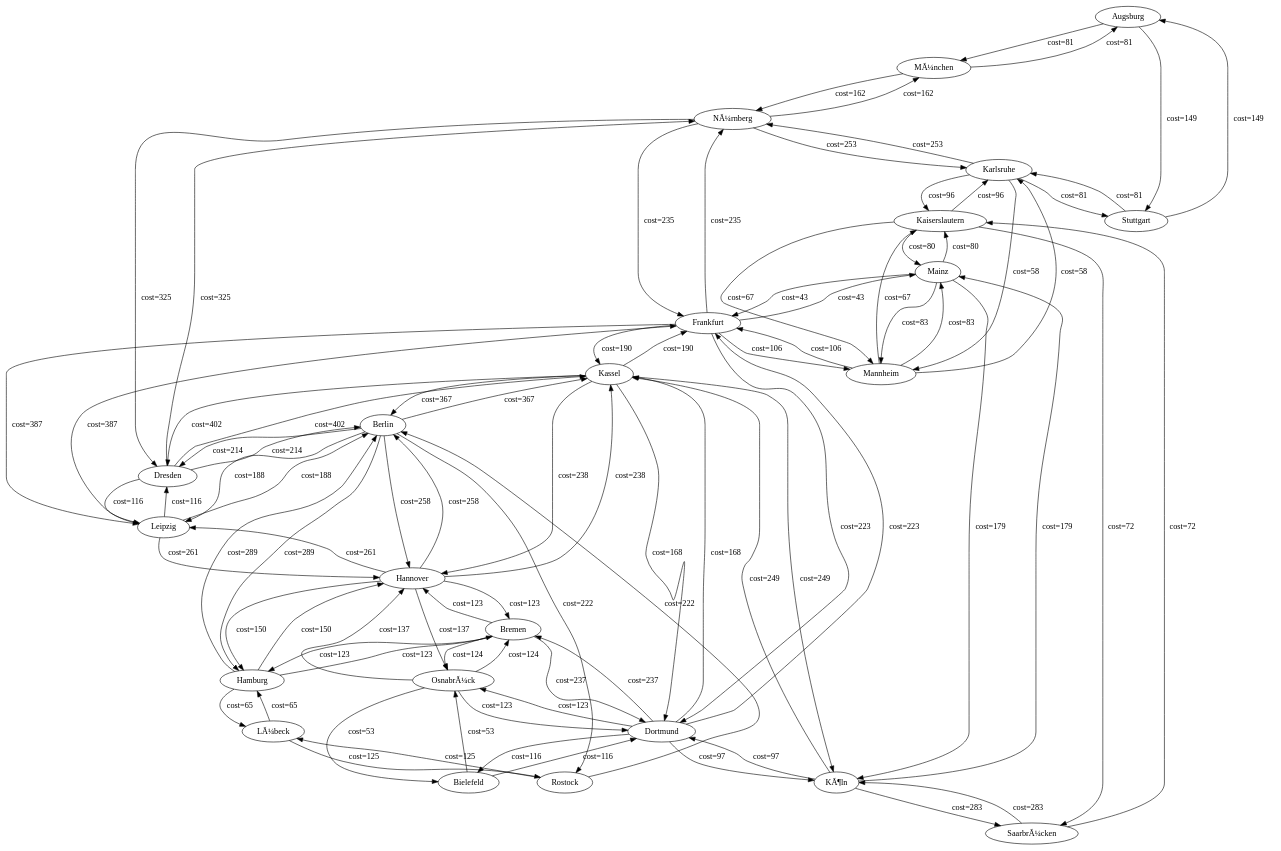
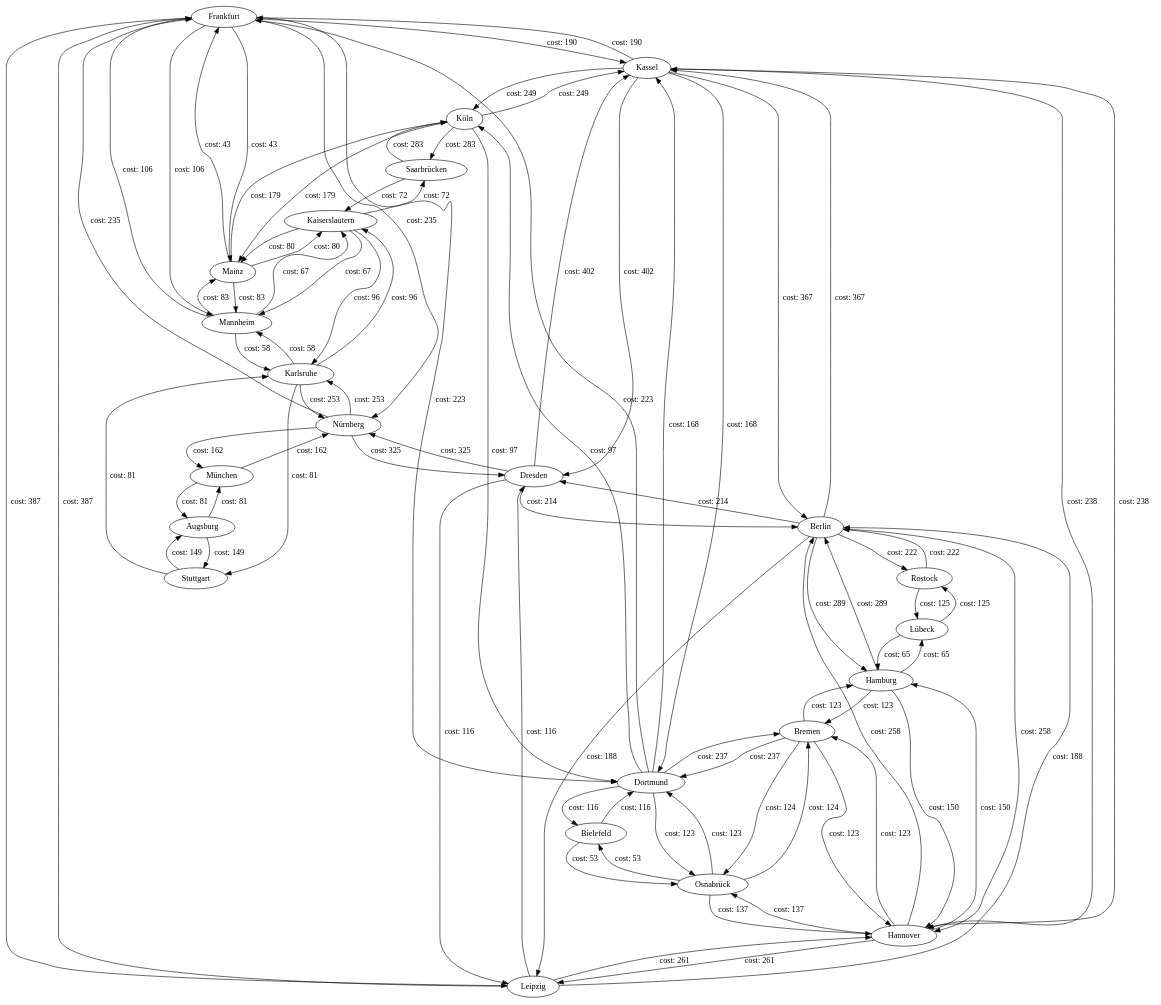
The diagram in io/graph_02.dot (MaxPower9001/B-AI3GKAP), drawn with Graphviz before and after one commit. The commit also changed 41 other files, not shown here.

```diff
--- a/io/graph_02.dot
+++ b/io/graph_02.dot
@@ -1,114 +1,113 @@
-digraph graph_02
-{
-Augsburg
-MÃ¼nchen
-Stuttgart
-Berlin
-Dresden
-Hamburg
-Hannover
-Kassel
-Leipzig
-Rostock
-Bielefeld
-Dortmund
-OsnabrÃ¼ck
-Bremen
-Frankfurt
-KÃ¶ln
-NÃ¼rnberg
-Mainz
-Mannheim
-LÃ¼beck
-Kaiserslautern
-Karlsruhe
-SaarbrÃ¼cken
-Augsburg -> MÃ¼nchen [label="cost=81  "]
-Augsburg -> Stuttgart [label="cost=149  "]
-MÃ¼nchen -> Augsburg [label="cost=81  "]
-MÃ¼nchen -> NÃ¼rnberg [label="cost=162  "]
-Stuttgart -> Augsburg [label="cost=149  "]
-Stuttgart -> Karlsruhe [label="cost=81  "]
-Berlin -> Dresden [label="cost=214  "]
-Berlin -> Hamburg [label="cost=289  "]
-Berlin -> Hannover [label="cost=258  "]
-Berlin -> Kassel [label="cost=367  "]
-Berlin -> Leipzig [label="cost=188  "]
-Berlin -> Rostock [label="cost=222  "]
-Dresden -> Berlin [label="cost=214  "]
-Dresden -> Kassel [label="cost=402  "]
-Dresden -> Leipzig [label="cost=116  "]
-Dresden -> NÃ¼rnberg [label="cost=325  "]
-Hamburg -> Berlin [label="cost=289  "]
-Hamburg -> Hannover [label="cost=150  "]
-Hamburg -> Bremen [label="cost=123  "]
-Hamburg -> LÃ¼beck [label="cost=65  "]
-Hannover -> Berlin [label="cost=258  "]
-Hannover -> Hamburg [label="cost=150  "]
-Hannover -> Kassel [label="cost=238  "]
-Hannover -> Leipzig [label="cost=261  "]
-Hannover -> OsnabrÃ¼ck [label="cost=137  "]
-Hannover -> Bremen [label="cost=123  "]
-Kassel -> Berlin [label="cost=367  "]
-Kassel -> Dresden [label="cost=402  "]
-Kassel -> Hannover [label="cost=238  "]
-Kassel -> Dortmund [label="cost=168  "]
-Kassel -> Frankfurt [label="cost=190  "]
-Kassel -> KÃ¶ln [label="cost=249  "]
-Leipzig -> Berlin [label="cost=188  "]
-Leipzig -> Dresden [label="cost=116  "]
-Leipzig -> Hannover [label="cost=261  "]
-Leipzig -> Frankfurt [label="cost=387  "]
-Rostock -> Berlin [label="cost=222  "]
-Rostock -> LÃ¼beck [label="cost=125  "]
-Bielefeld -> Dortmund [label="cost=116  "]
-Bielefeld -> OsnabrÃ¼ck [label="cost=53  "]
-Dortmund -> Kassel [label="cost=168  "]
-Dortmund -> Bielefeld [label="cost=116  "]
-Dortmund -> OsnabrÃ¼ck [label="cost=123  "]
-Dortmund -> Bremen [label="cost=237  "]
-Dortmund -> Frankfurt [label="cost=223  "]
-Dortmund -> KÃ¶ln [label="cost=97  "]
-OsnabrÃ¼ck -> Hannover [label="cost=137  "]
-OsnabrÃ¼ck -> Bielefeld [label="cost=53  "]
-OsnabrÃ¼ck -> Dortmund [label="cost=123  "]
-OsnabrÃ¼ck -> Bremen [label="cost=124  "]
-Bremen -> Hamburg [label="cost=123  "]
-Bremen -> Hannover [label="cost=123  "]
-Bremen -> Dortmund [label="cost=237  "]
-Bremen -> OsnabrÃ¼ck [label="cost=124  "]
-Frankfurt -> Kassel [label="cost=190  "]
-Frankfurt -> Leipzig [label="cost=387  "]
-Frankfurt -> Dortmund [label="cost=223  "]
-Frankfurt -> NÃ¼rnberg [label="cost=235  "]
-Frankfurt -> Mainz [label="cost=43  "]
-Frankfurt -> Mannheim [label="cost=106  "]
-KÃ¶ln -> Kassel [label="cost=249  "]
-KÃ¶ln -> Dortmund [label="cost=97  "]
-KÃ¶ln -> Mainz [label="cost=179  "]
-KÃ¶ln -> SaarbrÃ¼cken [label="cost=283  "]
-NÃ¼rnberg -> MÃ¼nchen [label="cost=162  "]
-NÃ¼rnberg -> Dresden [label="cost=325  "]
-NÃ¼rnberg -> Frankfurt [label="cost=235  "]
-NÃ¼rnberg -> Karlsruhe [label="cost=253  "]
-Mainz -> Frankfurt [label="cost=43  "]
-Mainz -> KÃ¶ln [label="cost=179  "]
-Mainz -> Mannheim [label="cost=83  "]
-Mainz -> Kaiserslautern [label="cost=80  "]
-Mannheim -> Frankfurt [label="cost=106  "]
-Mannheim -> Mainz [label="cost=83  "]
-Mannheim -> Kaiserslautern [label="cost=67  "]
-Mannheim -> Karlsruhe [label="cost=58  "]
-LÃ¼beck -> Hamburg [label="cost=65  "]
-LÃ¼beck -> Rostock [label="cost=125  "]
-Kaiserslautern -> Mainz [label="cost=80  "]
-Kaiserslautern -> Mannheim [label="cost=67  "]
-Kaiserslautern -> Karlsruhe [label="cost=96  "]
-Kaiserslautern -> SaarbrÃ¼cken [label="cost=72  "]
-Karlsruhe -> Stuttgart [label="cost=81  "]
-Karlsruhe -> NÃ¼rnberg [label="cost=253  "]
-Karlsruhe -> Mannheim [label="cost=58  "]
-Karlsruhe -> Kaiserslautern [label="cost=96  "]
-SaarbrÃ¼cken -> KÃ¶ln [label="cost=283  "]
-SaarbrÃ¼cken -> Kaiserslautern [label="cost=72  "]
+digraph G {
+	Frankfurt -> Kassel [label="cost: 190"];
+	Frankfurt -> Leipzig [label="cost: 387"];
+	Frankfurt -> Dortmund [label="cost: 223"];
+	Frankfurt -> Mainz [label="cost: 43"];
+	Frankfurt -> Nürnberg [label="cost: 235"];
+	Frankfurt -> Mannheim [label="cost: 106"];
+	Augsburg -> Stuttgart [label="cost: 149"];
+	Augsburg -> München [label="cost: 81"];
+	Dresden -> Berlin [label="cost: 214"];
+	Dresden -> Nürnberg [label="cost: 325"];
+	Dresden -> Kassel [label="cost: 402"];
+	Dresden -> Leipzig [label="cost: 116"];
+	Hannover -> Berlin [label="cost: 258"];
+	Hannover -> Hamburg [label="cost: 150"];
+	Hannover -> Osnabrück [label="cost: 137"];
+	Hannover -> Bremen [label="cost: 123"];
+	Hannover -> Kassel [label="cost: 238"];
+	Hannover -> Leipzig [label="cost: 261"];
+	Stuttgart -> Augsburg [label="cost: 149"];
+	Stuttgart -> Karlsruhe [label="cost: 81"];
+	Berlin -> Dresden [label="cost: 214"];
+	Berlin -> Hannover [label="cost: 258"];
+	Berlin -> Hamburg [label="cost: 289"];
+	Berlin -> Rostock [label="cost: 222"];
+	Berlin -> Kassel [label="cost: 367"];
+	Berlin -> Leipzig [label="cost: 188"];
+	Kaiserslautern -> Karlsruhe [label="cost: 96"];
+	Kaiserslautern -> Saarbrücken [label="cost: 72"];
+	Kaiserslautern -> Mainz [label="cost: 80"];
+	Kaiserslautern -> Mannheim [label="cost: 67"];
+	Hamburg -> Hannover [label="cost: 150"];
+	Hamburg -> Berlin [label="cost: 289"];
+	Hamburg -> Lübeck [label="cost: 65"];
+	Hamburg -> Bremen [label="cost: 123"];
+	Dortmund -> Frankfurt [label="cost: 223"];
+	Dortmund -> Osnabrück [label="cost: 123"];
+	Dortmund -> Bielefeld [label="cost: 116"];
+	Dortmund -> Bremen [label="cost: 237"];
+	Dortmund -> Kassel [label="cost: 168"];
+	Dortmund -> Köln [label="cost: 97"];
+	Saarbrücken -> Kaiserslautern [label="cost: 72"];
+	Saarbrücken -> Köln [label="cost: 283"];
+	Rostock -> Berlin [label="cost: 222"];
+	Rostock -> Lübeck [label="cost: 125"];
+	Osnabrück -> Hannover [label="cost: 137"];
+	Osnabrück -> Dortmund [label="cost: 123"];
+	Osnabrück -> Bielefeld [label="cost: 53"];
+	Osnabrück -> Bremen [label="cost: 124"];
+	Mainz -> Frankfurt [label="cost: 43"];
+	Mainz -> Kaiserslautern [label="cost: 80"];
+	Mainz -> Köln [label="cost: 179"];
+	Mainz -> Mannheim [label="cost: 83"];
+	Nürnberg -> Frankfurt [label="cost: 235"];
+	Nürnberg -> München [label="cost: 162"];
+	Nürnberg -> Dresden [label="cost: 325"];
+	Nürnberg -> Karlsruhe [label="cost: 253"];
+	Bielefeld -> Dortmund [label="cost: 116"];
+	Bielefeld -> Osnabrück [label="cost: 53"];
+	Lübeck -> Hamburg [label="cost: 65"];
+	Lübeck -> Rostock [label="cost: 125"];
+	München -> Augsburg [label="cost: 81"];
+	München -> Nürnberg [label="cost: 162"];
+	Bremen -> Hannover [label="cost: 123"];
+	Bremen -> Dortmund [label="cost: 237"];
+	Bremen -> Hamburg [label="cost: 123"];
+	Bremen -> Osnabrück [label="cost: 124"];
+	Kassel -> Frankfurt [label="cost: 190"];
+	Kassel -> Dresden [label="cost: 402"];
+	Kassel -> Hannover [label="cost: 238"];
+	Kassel -> Berlin [label="cost: 367"];
+	Kassel -> Dortmund [label="cost: 168"];
+	Kassel -> Köln [label="cost: 249"];
+	Leipzig -> Frankfurt [label="cost: 387"];
+	Leipzig -> Dresden [label="cost: 116"];
+	Leipzig -> Hannover [label="cost: 261"];
+	Leipzig -> Berlin [label="cost: 188"];
+	Karlsruhe -> Stuttgart [label="cost: 81"];
+	Karlsruhe -> Kaiserslautern [label="cost: 96"];
+	Karlsruhe -> Nürnberg [label="cost: 253"];
+	Karlsruhe -> Mannheim [label="cost: 58"];
+	Köln -> Kassel [label="cost: 249"];
+	Köln -> Dortmund [label="cost: 97"];
+	Köln -> Saarbrücken [label="cost: 283"];
+	Köln -> Mainz [label="cost: 179"];
+	Mannheim -> Frankfurt [label="cost: 106"];
+	Mannheim -> Kaiserslautern [label="cost: 67"];
+	Mannheim -> Karlsruhe [label="cost: 58"];
+	Mannheim -> Mainz [label="cost: 83"];
+	Frankfurt [label="Frankfurt"];
+	Augsburg [label="Augsburg"];
+	Dresden [label="Dresden"];
+	Hannover [label="Hannover"];
+	Stuttgart [label="Stuttgart"];
+	Berlin [label="Berlin"];
+	Kaiserslautern [label="Kaiserslautern"];
+	Hamburg [label="Hamburg"];
+	Dortmund [label="Dortmund"];
+	Saarbrücken [label="Saarbrücken"];
+	Rostock [label="Rostock"];
+	Osnabrück [label="Osnabrück"];
+	Mainz [label="Mainz"];
+	Nürnberg [label="Nürnberg"];
+	Bielefeld [label="Bielefeld"];
+	Lübeck [label="Lübeck"];
+	München [label="München"];
+	Bremen [label="Bremen"];
+	Kassel [label="Kassel"];
+	Leipzig [label="Leipzig"];
+	Karlsruhe [label="Karlsruhe"];
+	Köln [label="Köln"];
+	Mannheim [label="Mannheim"];
 }
```
